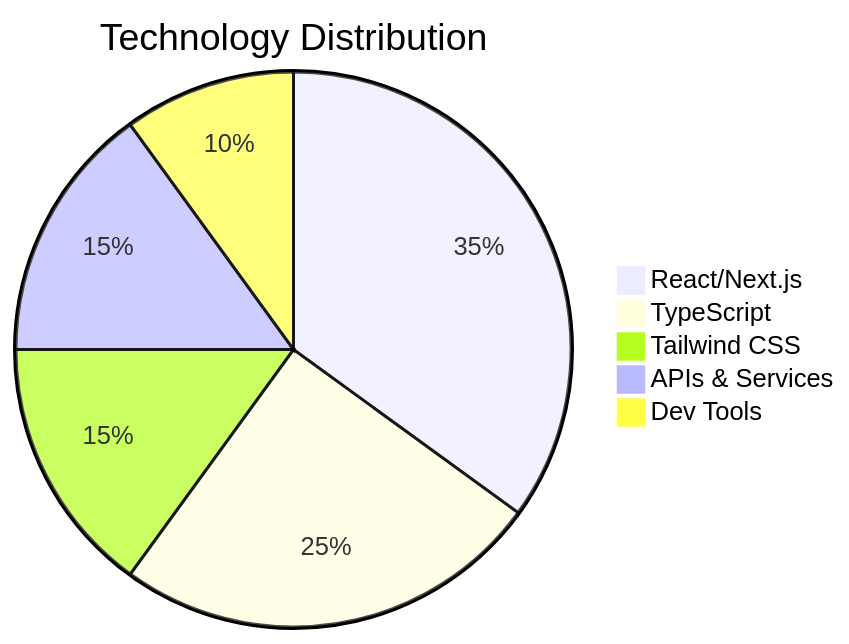
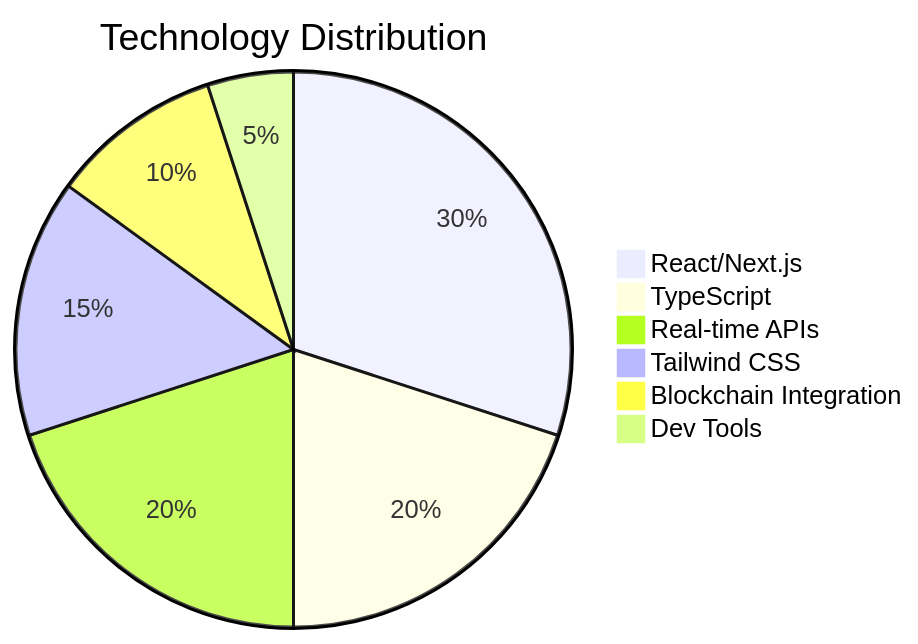
One commit to didier3529/Bradley-AI changed the second of 22 diagrams in COMPREHENSIVE_REPOSITORY_ANALYSIS.md. Above: the diagram before and after it, drawn with Mermaid. The commit also changed other lines of this file and 224 other files, not shown here.

````diff
--- a/COMPREHENSIVE_REPOSITORY_ANALYSIS.md
+++ b/COMPREHENSIVE_REPOSITORY_ANALYSIS.md
@@ -96,8 +123,9 @@
 ```mermaid
 pie title Technology Distribution
-    "React/Next.js" : 35
-    "TypeScript" : 25
+    "React/Next.js" : 30
+    "TypeScript" : 20
+    "Real-time APIs" : 20
     "Tailwind CSS" : 15
-    "APIs & Services" : 15
-    "Dev Tools" : 10
+    "Blockchain Integration" : 10
+    "Dev Tools" : 5
 ```
````
